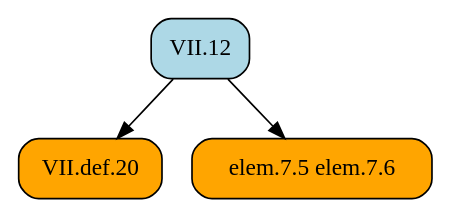
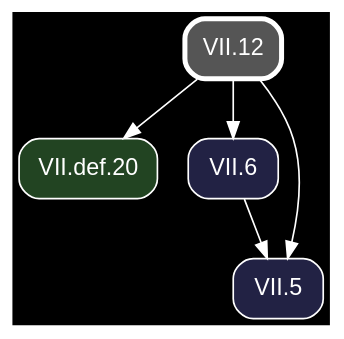
Before and after one commit to geometor/elements: the diagram in docsrc/heath/VII/12/index.rst, drawn with Graphviz. The commit also changed other lines of this file and 1200 other files, not shown here.

Commit message:
update dependency graphs

```diff
--- a/docsrc/heath/VII/12/index.rst
+++ b/docsrc/heath/VII/12/index.rst
@@ -38,11 +38,16 @@
 .. graphviz::
 
    digraph {
+     bgcolor="black";
+     node [shape=box, style="rounded,filled", fontname="Helvetica", color="white", fontcolor="white"];
+     edge [color="white", fontcolor="white"];
      rankdir="TB";
-     node [shape=box, style=rounded];
-     "VII.12" [style="rounded,filled", fillcolor=lightblue, URL="/heath/VII/12/", target="_top"];
-     "VII.def.20" [style="rounded,filled", fillcolor=orange, URL="/heath/VII/def.20/", target="_top"];
-     "elem.7.5 elem.7.6" [style="rounded,filled", fillcolor=orange];
+     "VII.12" [penwidth=3, color="white", fillcolor="#555555", URL="/heath/VII/12/", target="_top"];
+     "VII.def.20" [fillcolor="#224422", URL="/heath/VII/def.20/", target="_top"];
+     "VII.6" [fillcolor="#222244", URL="/heath/VII/6/", target="_top"];
+     "VII.5" [fillcolor="#222244", URL="/heath/VII/5/", target="_top"];
      "VII.12" -> "VII.def.20";
-     "VII.12" -> "elem.7.5 elem.7.6";
+     "VII.12" -> "VII.6";
+     "VII.6" -> "VII.5";
+     "VII.12" -> "VII.5";
    }
```
